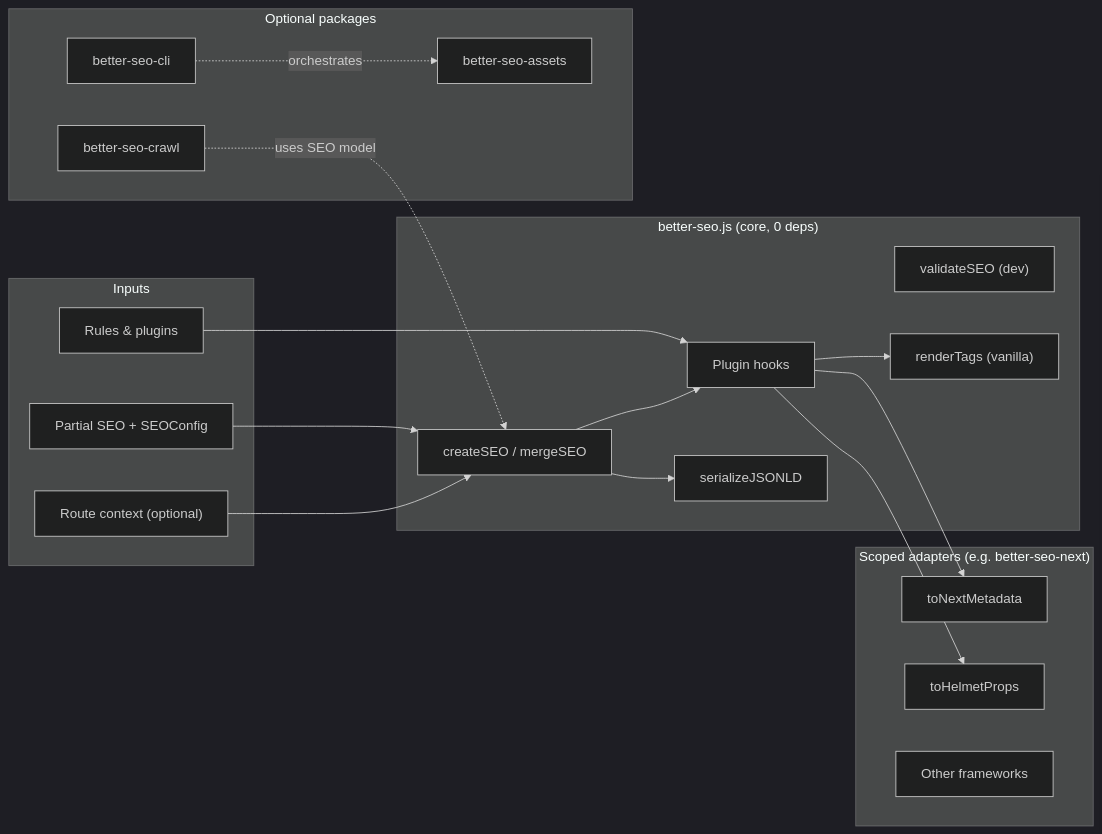
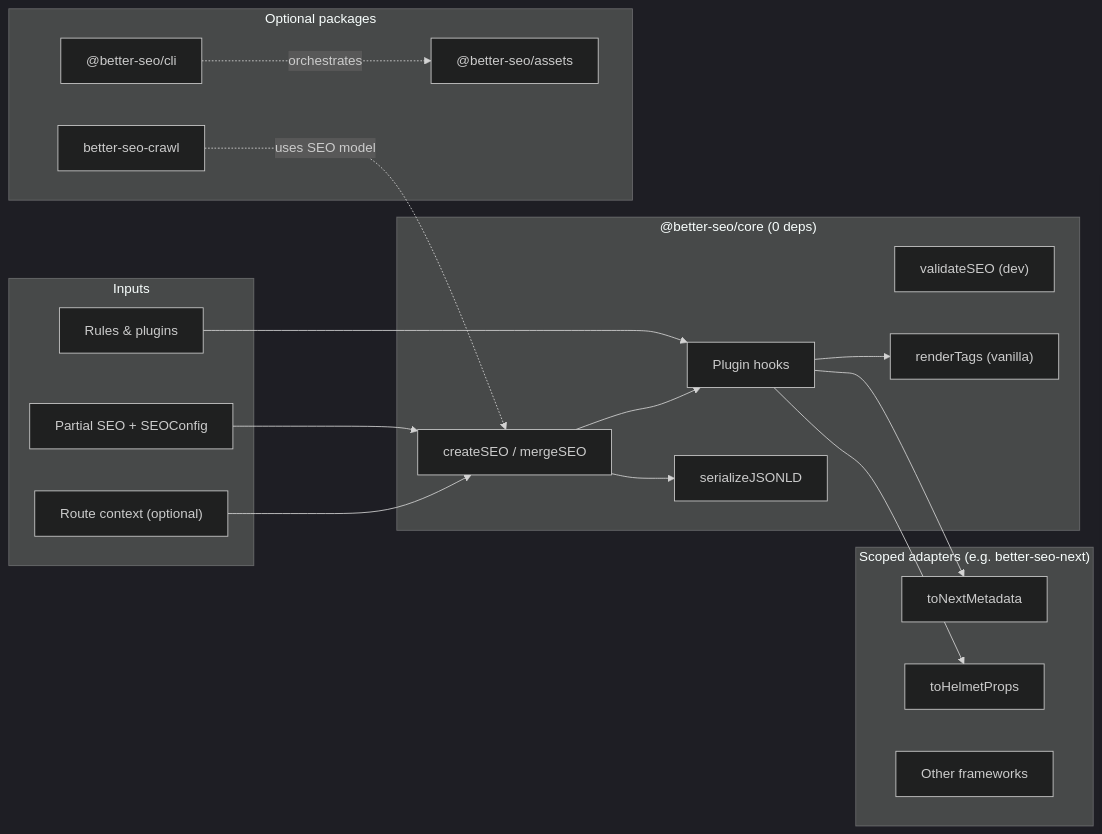
The diagram in internal-docs/ARCHITECTURE.md (0xMilord/better-seo-js), drawn with Mermaid (dark theme) before and after one commit. The commit also changed other lines of this file and 10 other files, not shown here.

First line of the commit message:
feat: :sparkles: update package versions to 0.0.1 for core, next, assets, cli, and example app; adjust documentation for publishable workspaces

````diff
--- a/internal-docs/ARCHITECTURE.md
+++ b/internal-docs/ARCHITECTURE.md
@@ -24,39 +24,39 @@
 ```mermaid
 flowchart LR
   subgraph inputs [Inputs]
     I1["Partial SEO + SEOConfig"]
     I2["Rules & plugins"]
     I3["Route context (optional)"]
   end
 
-  subgraph bscore ["better-seo.js (core, 0 deps)"]
+  subgraph bscore ["@better-seo/core (0 deps)"]
     C["createSEO / mergeSEO"]
     P["Plugin hooks"]
     S["serializeJSONLD"]
     V["validateSEO (dev)"]
     R["renderTags (vanilla)"]
   end
 
   subgraph adapters ["Scoped adapters (e.g. better-seo-next)"]
     N["toNextMetadata"]
     RH["toHelmetProps"]
     O["Other frameworks"]
   end
 
   subgraph optional [Optional packages]
-    A["better-seo-assets"]
-    L["better-seo-cli"]
+    A["@better-seo/assets"]
+    L["@better-seo/cli"]
     W["better-seo-crawl"]
   end
 
   I1 --> C
   I2 --> P
   I3 --> C
   C --> P
   P --> N
   P --> RH
   P --> R
   C --> S
   L -.->|"orchestrates"| A
   W -.->|"uses SEO model"| C
 ```
````
